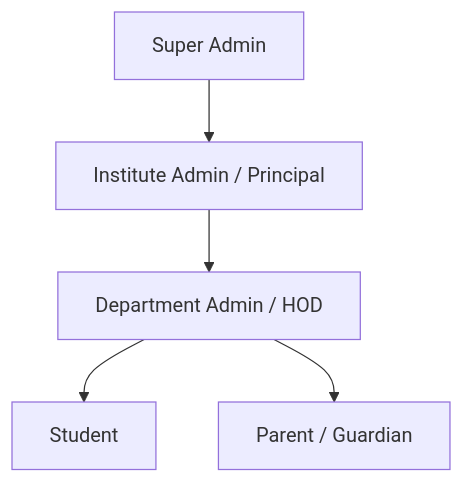
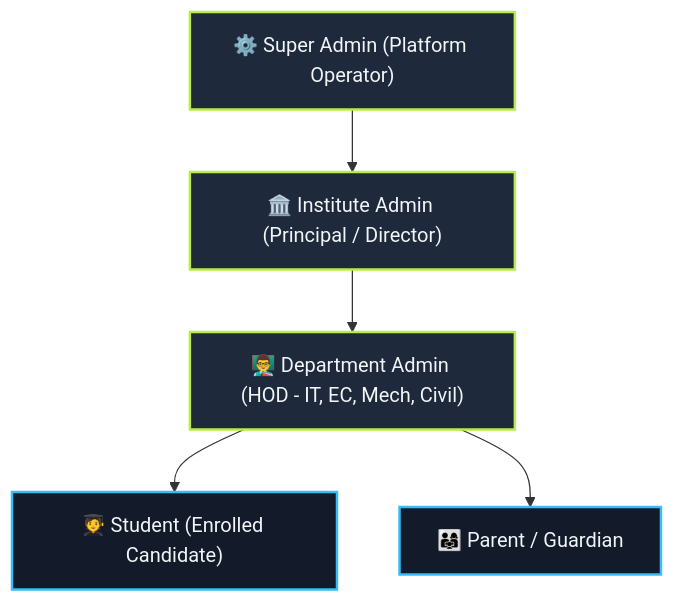
Before and after one commit to BIPINRVANJARA/Eduai: the first of 4 diagrams in PRD.md, drawn with Mermaid. The commit also changed other lines of this file, not shown here.

````diff
--- a/PRD.md
+++ b/PRD.md
@@ -43,7 +68,12 @@
 ```mermaid
 graph TD
-    SA[Super Admin] --> IA[Institute Admin / Principal]
-    IA --> DA[Department Admin / HOD]
-    DA --> S[Student]
-    DA --> P[Parent / Guardian]
+    SA["⚙️ Super Admin (Platform Operator)"] --> IA["🏛️ Institute Admin (Principal / Director)"]
+    IA --> DA["👨‍🏫 Department Admin (HOD - IT, EC, Mech, Civil)"]
+    DA --> S["🧑‍🎓 Student (Enrolled Candidate)"]
+    DA --> P["👨‍👩‍👧 Parent / Guardian"]
+
+    classDef admin fill:#1E293B,stroke:#B7EC4B,stroke-width:2px,color:#F1F5F9;
+    classDef user fill:#131B2A,stroke:#38BDF8,stroke-width:2px,color:#F1F5F9;
+    class SA,IA,DA admin;
+    class S,P user;
 ```
````
